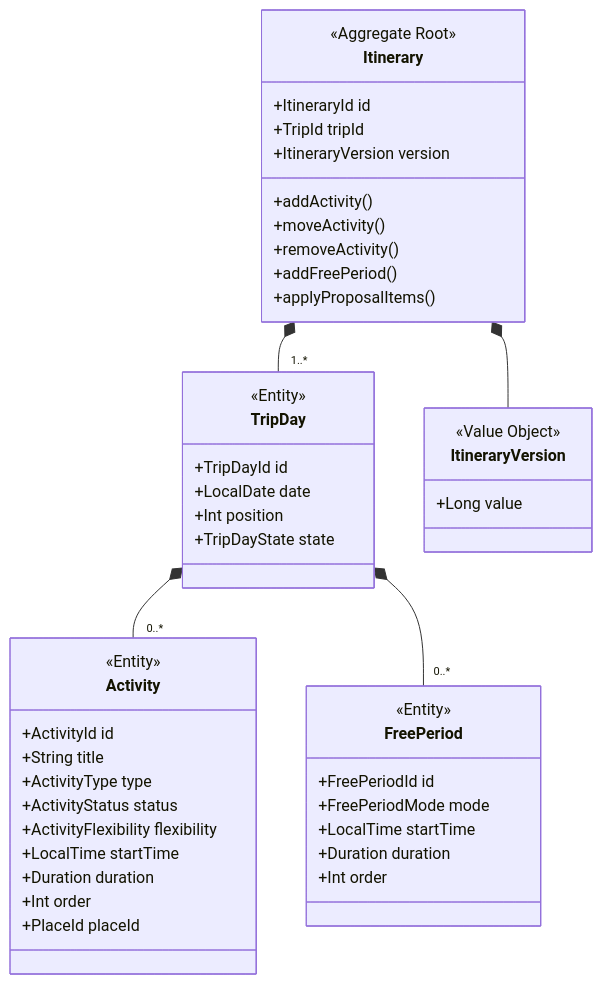
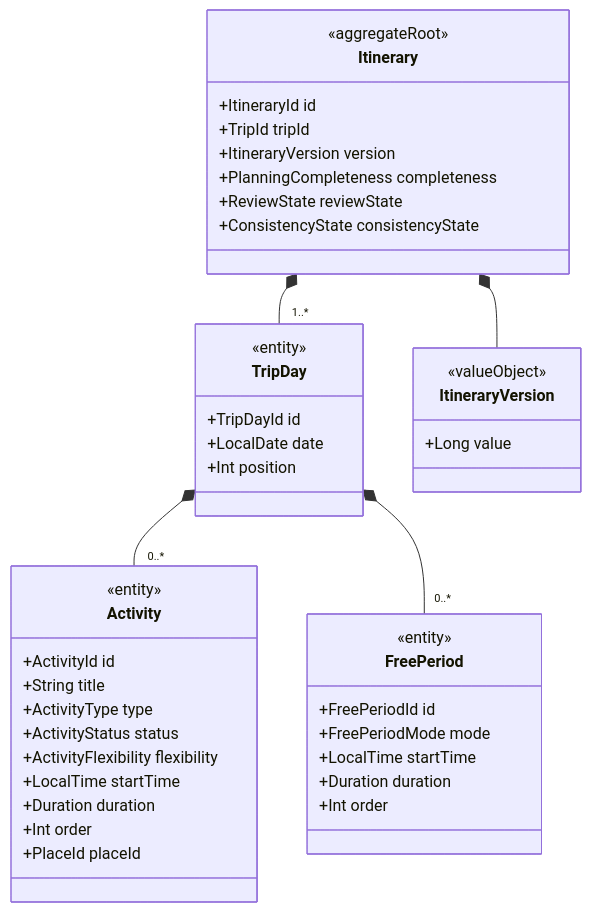
One commit to collapsy/Routebook changed diagram 11 of 17 in docs/domain/domain-model.md. Above: the diagram before and after it, drawn with Mermaid. The commit also changed other lines of this file and 1 other file, not shown here.

````diff
--- a/docs/domain/domain-model.md
+++ b/docs/domain/domain-model.md
@@ -2219,54 +1882,51 @@
-```mermaid id="a1vymu"
+```mermaid
 classDiagram
     class Itinerary {
-        <<Aggregate Root>>
+        <<aggregateRoot>>
         +ItineraryId id
         +TripId tripId
         +ItineraryVersion version
-        +addActivity()
-        +moveActivity()
-        +removeActivity()
-        +addFreePeriod()
-        +applyProposalItems()
+        +PlanningCompleteness completeness
+        +ReviewState reviewState
+        +ConsistencyState consistencyState
     }
 
     class TripDay {
-        <<Entity>>
+        <<entity>>
         +TripDayId id
         +LocalDate date
         +Int position
-        +TripDayState state
     }
 
     class Activity {
-        <<Entity>>
+        <<entity>>
         +ActivityId id
         +String title
         +ActivityType type
         +ActivityStatus status
         +ActivityFlexibility flexibility
         +LocalTime startTime
         +Duration duration
         +Int order
         +PlaceId placeId
     }
 
     class FreePeriod {
-        <<Entity>>
+        <<entity>>
         +FreePeriodId id
         +FreePeriodMode mode
         +LocalTime startTime
         +Duration duration
         +Int order
     }
 
     class ItineraryVersion {
-        <<Value Object>>
+        <<valueObject>>
         +Long value
     }
 
     Itinerary *-- "1..*" TripDay
     TripDay *-- "0..*" Activity
     TripDay *-- "0..*" FreePeriod
     Itinerary *-- ItineraryVersion
 ```
````
